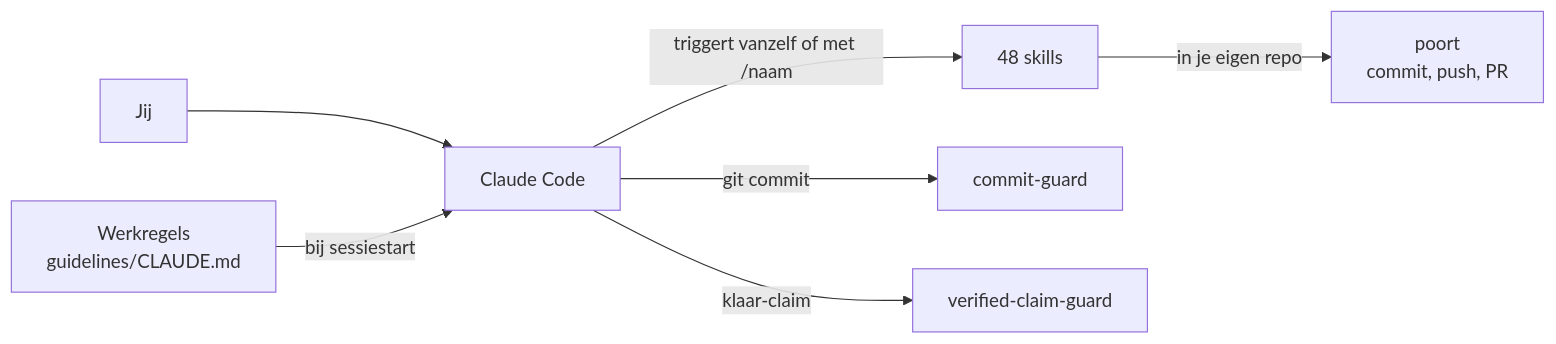
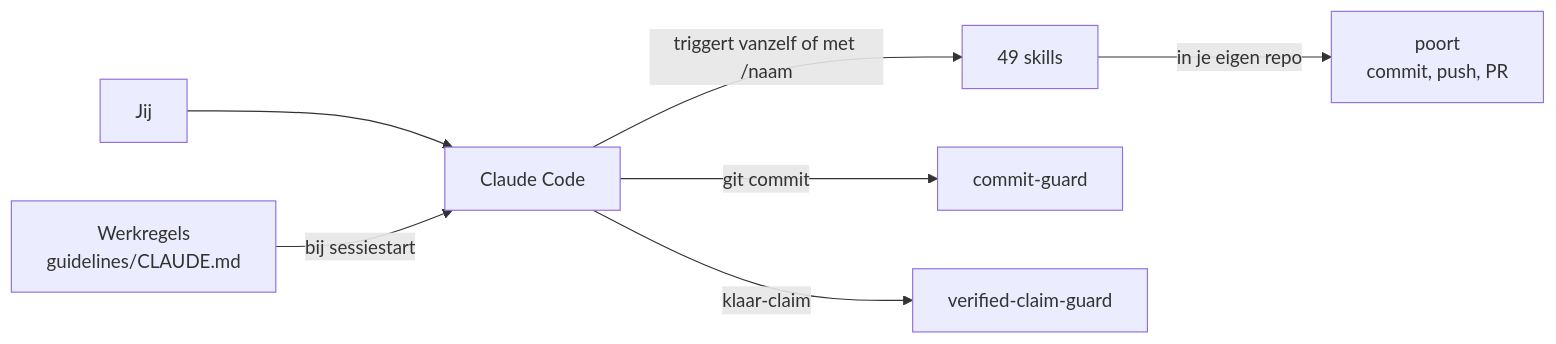
Before and after one commit to robinbril/claude-code-harness: the first of 4 diagrams in README.md, drawn with Mermaid. The commit also changed other lines of this file and 5 other files, not shown here.

````diff
--- a/README.md
+++ b/README.md
@@ -13,9 +13,9 @@
 ```mermaid
 flowchart LR
   U["Jij"] --> CC["Claude Code"]
   G["Werkregels<br/>guidelines/CLAUDE.md"] -->|"bij sessiestart"| CC
-  CC -->|"triggert vanzelf of met /naam"| S["48 skills"]
+  CC -->|"triggert vanzelf of met /naam"| S["49 skills"]
   CC -->|"git commit"| CG["commit-guard"]
   CC -->|"klaar-claim"| VG["verified-claim-guard"]
   S -->|"in je eigen repo"| P["poort<br/>commit, push, PR"]
 ```
````
